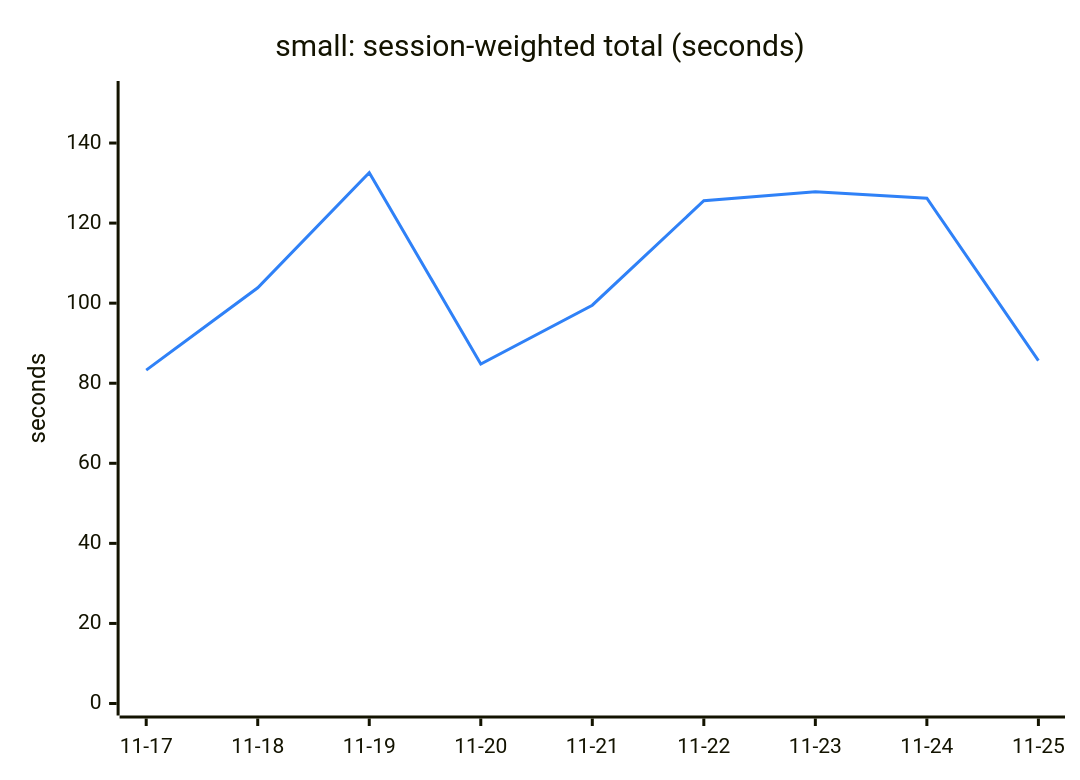
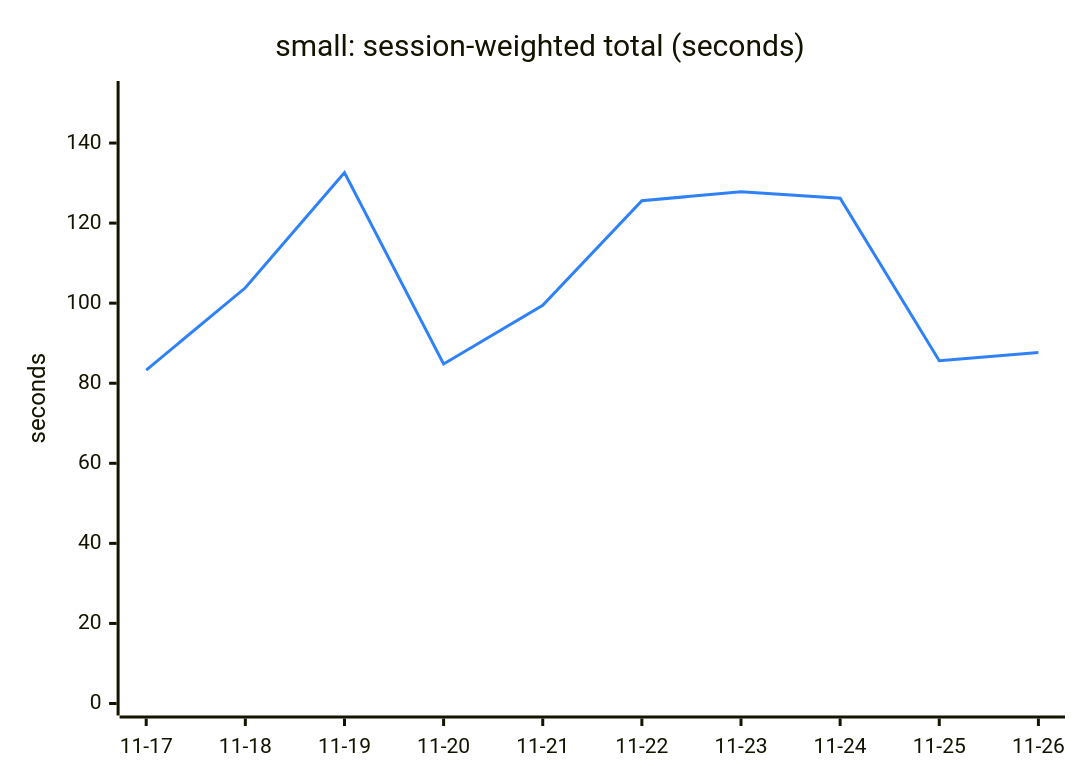
One commit to Ricovl/mxcli changed the first of 6 diagrams in TREND.md. Above: the diagram before and after it, drawn with Mermaid. The commit also changed other lines of this file and 2 other files, not shown here.

````diff
--- a/TREND.md
+++ b/TREND.md
@@ -13,13 +13,13 @@
 ```mermaid
 ---
 config:
   themeVariables:
     xyChart:
       plotColorPalette: "#2f81f7"
 ---
 xychart-beta
     title "small: session-weighted total (seconds)"
-    x-axis ["11-17", "11-18", "11-19", "11-20", "11-21", "11-22", "11-23", "11-24", "11-25"]
+    x-axis ["11-17", "11-18", "11-19", "11-20", "11-21", "11-22", "11-23", "11-24", "11-25", "11-26"]
     y-axis "seconds" 0 --> 152.50
-    line [83.27, 103.84, 132.61, 84.80, 99.49, 125.58, 127.85, 126.22, 85.63]
+    line [83.27, 103.84, 132.61, 84.80, 99.49, 125.58, 127.85, 126.22, 85.63, 87.70]
 ```
````
